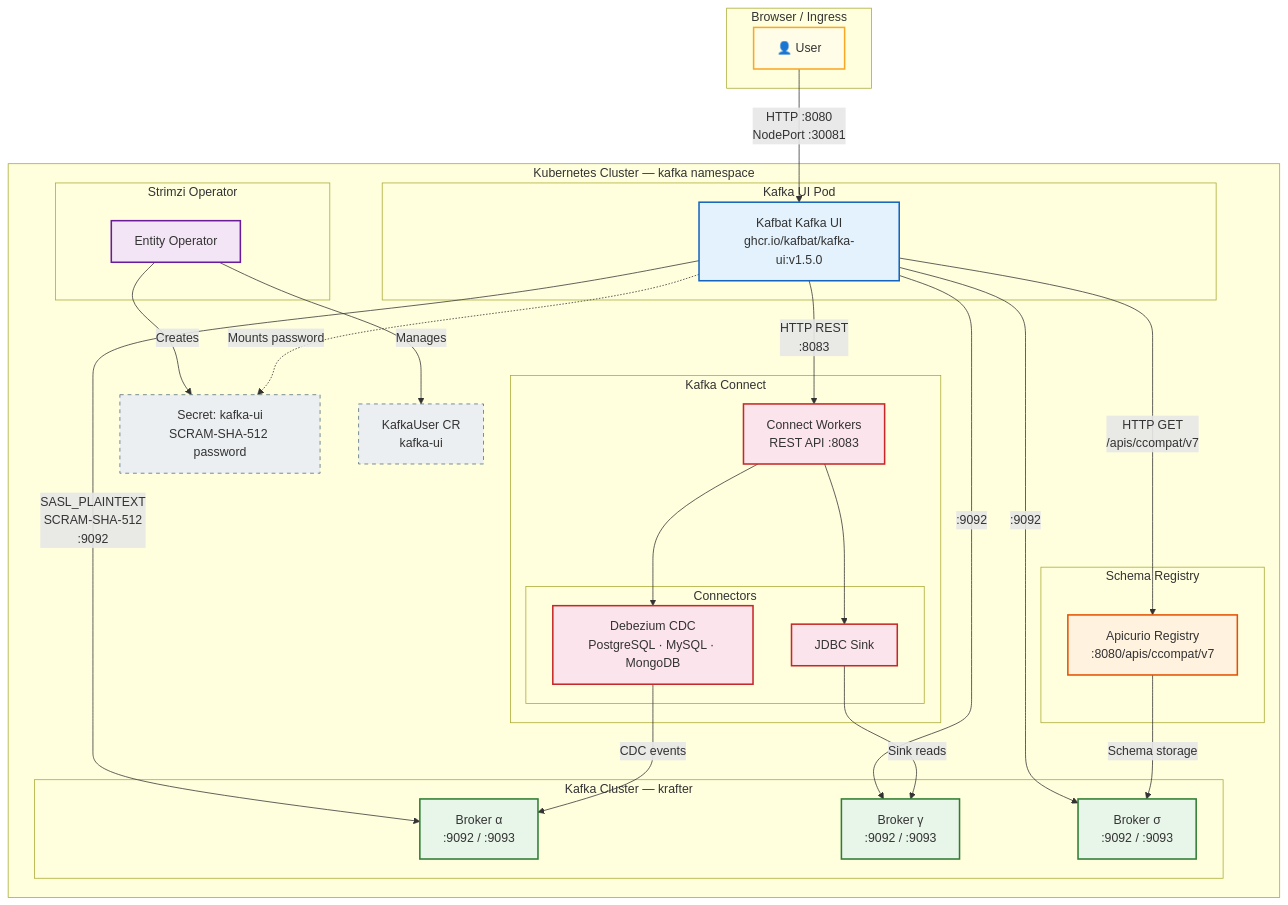
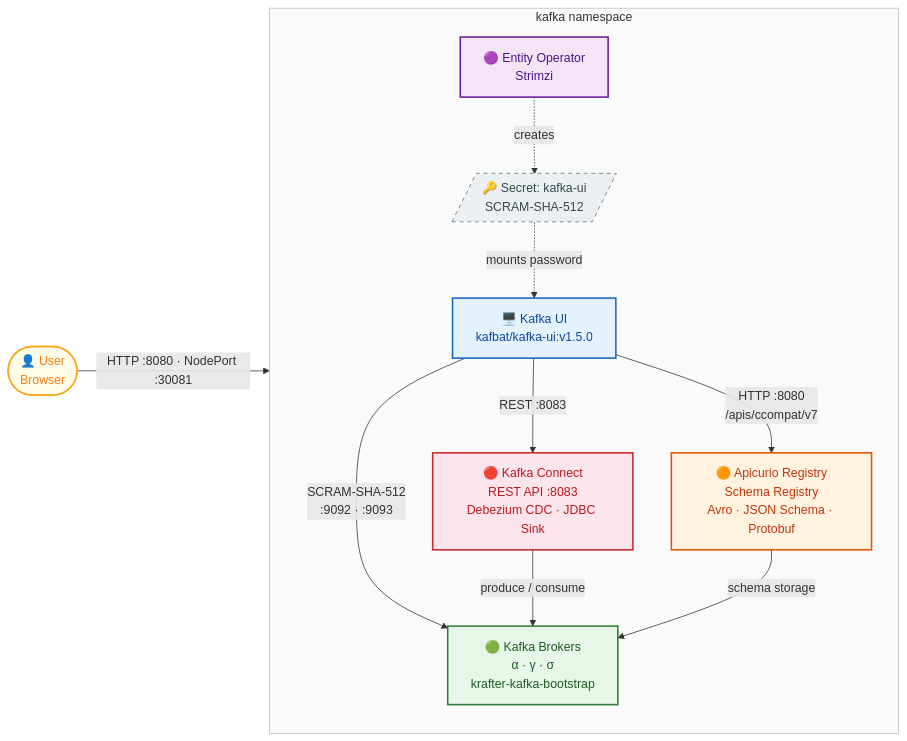
One commit to bmscomp/kates changed the diagram in charts/kafka-ui/README.md. Above: the diagram before and after it, drawn with Mermaid.

Commit message:
Simplify architecture diagram with cleaner LR layout

````diff
--- a/charts/kafka-ui/README.md
+++ b/charts/kafka-ui/README.md
@@ -11,73 +11,40 @@
 ```mermaid
-graph TB
-    subgraph Browser["Browser / Ingress"]
-        USER["👤 User"]
+flowchart LR
+    USER(["👤 User<br/>Browser"])
+
+    USER -- "HTTP :8080 · NodePort :30081" --> KAFKAUI
+
+    subgraph KAFKA_NS["kafka namespace"]
+        direction TB
+
+        KAFKAUI["🖥️ Kafka UI<br/>kafbat/kafka-ui:v1.5.0"]
+
+        KAFKAUI -- "SCRAM-SHA-512<br/>:9092 · :9093" --> BROKERS
+        KAFKAUI -- "HTTP :8080<br/>/apis/ccompat/v7" --> APICURIO
+        KAFKAUI -- "REST :8083" --> CONNECT
+
+        BROKERS["🟢 Kafka Brokers<br/>α · γ · σ<br/>krafter-kafka-bootstrap"]
+
+        APICURIO["🟠 Apicurio Registry<br/>Schema Registry<br/>Avro · JSON Schema · Protobuf"]
+
+        CONNECT["🔴 Kafka Connect<br/>REST API :8083<br/>Debezium CDC · JDBC Sink"]
+
+        CONNECT -- "produce / consume" --> BROKERS
+        APICURIO -- "schema storage" --> BROKERS
+
+        SECRET[/"🔑 Secret: kafka-ui<br/>SCRAM-SHA-512"/]
+        EO["🟣 Entity Operator<br/>Strimzi"]
+
+        EO -. "creates" .-> SECRET
+        SECRET -. "mounts password" .-> KAFKAUI
     end
 
-    subgraph K8S["Kubernetes Cluster — kafka namespace"]
-        subgraph UI["Kafka UI Pod"]
-            KAFKAUI["Kafbat Kafka UI<br/>ghcr.io/kafbat/kafka-ui:v1.5.0"]
-        end
-
-        subgraph Strimzi["Strimzi Operator"]
-            EO["Entity Operator"]
-        end
-
-        subgraph Kafka["Kafka Cluster — krafter"]
-            B1["Broker α<br/>:9092 / :9093"]
-            B2["Broker γ<br/>:9092 / :9093"]
-            B3["Broker σ<br/>:9092 / :9093"]
-        end
-
-        subgraph Registry["Schema Registry"]
-            APICURIO["Apicurio Registry<br/>:8080/apis/ccompat/v7"]
-        end
-
-        subgraph Connect["Kafka Connect"]
-            CW["Connect Workers<br/>REST API :8083"]
-            subgraph Connectors["Connectors"]
-                CDC["Debezium CDC<br/>PostgreSQL · MySQL · MongoDB"]
-                JDBC["JDBC Sink"]
-            end
-        end
-
-        SECRET["Secret: kafka-ui<br/>SCRAM-SHA-512 password"]
-        KAFKAUSER["KafkaUser CR<br/>kafka-ui"]
-    end
-
-    USER -->|"HTTP :8080<br/>NodePort :30081"| KAFKAUI
-
-    KAFKAUI -->|"SASL_PLAINTEXT<br/>SCRAM-SHA-512<br/>:9092"| B1
-    KAFKAUI -->|":9092"| B2
-    KAFKAUI -->|":9092"| B3
-
-    KAFKAUI -->|"HTTP GET<br/>/apis/ccompat/v7"| APICURIO
-    KAFKAUI -->|"HTTP REST<br/>:8083"| CW
-
-    CW --> CDC
-    CW --> JDBC
-    CDC -->|"CDC events"| B1
-    JDBC -->|"Sink reads"| B2
-
-    APICURIO -->|"Schema storage"| B3
-
-    EO -->|"Creates"| SECRET
-    EO -->|"Manages"| KAFKAUSER
-    KAFKAUI -.->|"Mounts password"| SECRET
-
-    classDef kafka fill:#e8f5e9,stroke:#2e7d32,stroke-width:2px
-    classDef ui fill:#e3f2fd,stroke:#1565c0,stroke-width:2px
-    classDef registry fill:#fff3e0,stroke:#e65100,stroke-width:2px
-    classDef connect fill:#fce4ec,stroke:#c62828,stroke-width:2px
-    classDef strimzi fill:#f3e5f5,stroke:#6a1b9a,stroke-width:2px
-    classDef user fill:#fffde7,stroke:#f9a825,stroke-width:2px
-    classDef secret fill:#eceff1,stroke:#546e7a,stroke-width:1px,stroke-dasharray: 5 5
-
-    class B1,B2,B3 kafka
-    class KAFKAUI ui
-    class APICURIO registry
-    class CW,CDC,JDBC connect
-    class EO strimzi
-    class USER user
-    class SECRET,KAFKAUSER secret
+    style KAFKAUI fill:#e3f2fd,stroke:#1565c0,stroke-width:2px,color:#0d47a1
+    style BROKERS fill:#e8f5e9,stroke:#2e7d32,stroke-width:2px,color:#1b5e20
+    style APICURIO fill:#fff3e0,stroke:#e65100,stroke-width:2px,color:#bf360c
+    style CONNECT fill:#fce4ec,stroke:#c62828,stroke-width:2px,color:#b71c1c
+    style EO fill:#f3e5f5,stroke:#6a1b9a,stroke-width:2px,color:#4a148c
+    style SECRET fill:#eceff1,stroke:#546e7a,stroke-width:1px,stroke-dasharray: 5 5,color:#37474f
+    style USER fill:#fffde7,stroke:#f9a825,stroke-width:2px,color:#f57f17
+    style KAFKA_NS fill:#fafafa,stroke:#bdbdbd,stroke-width:1px
 ```
````
